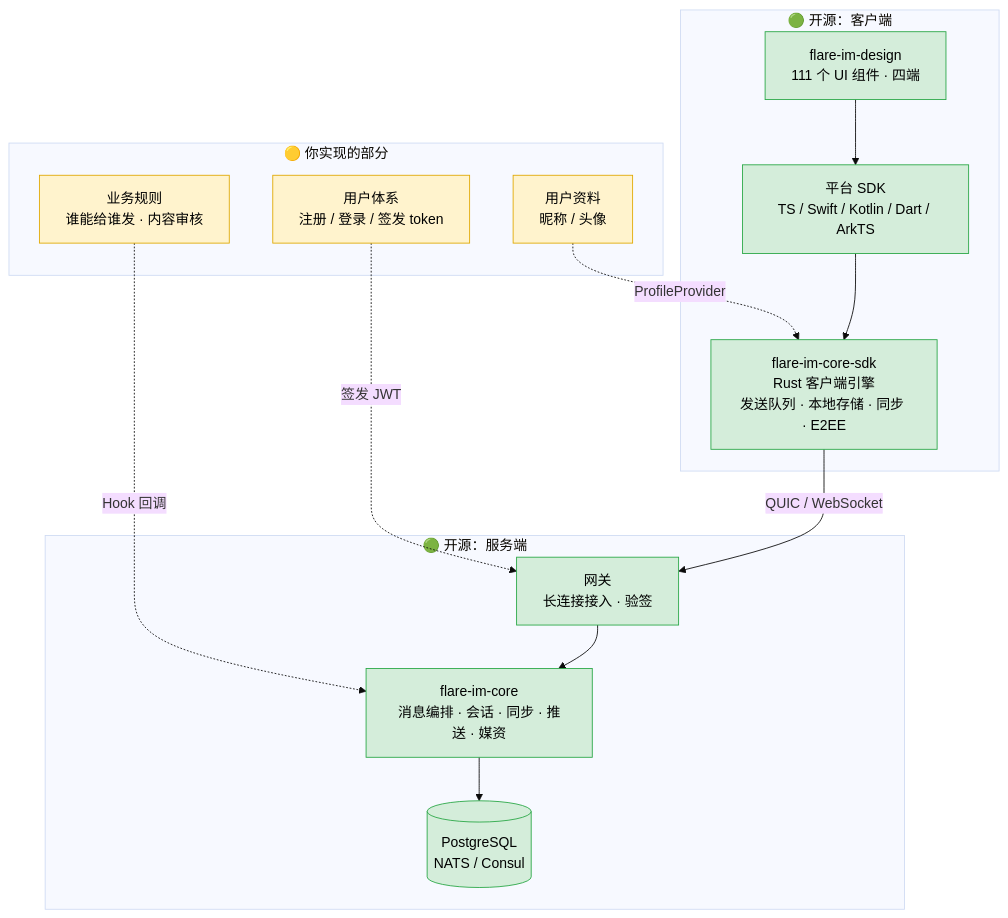
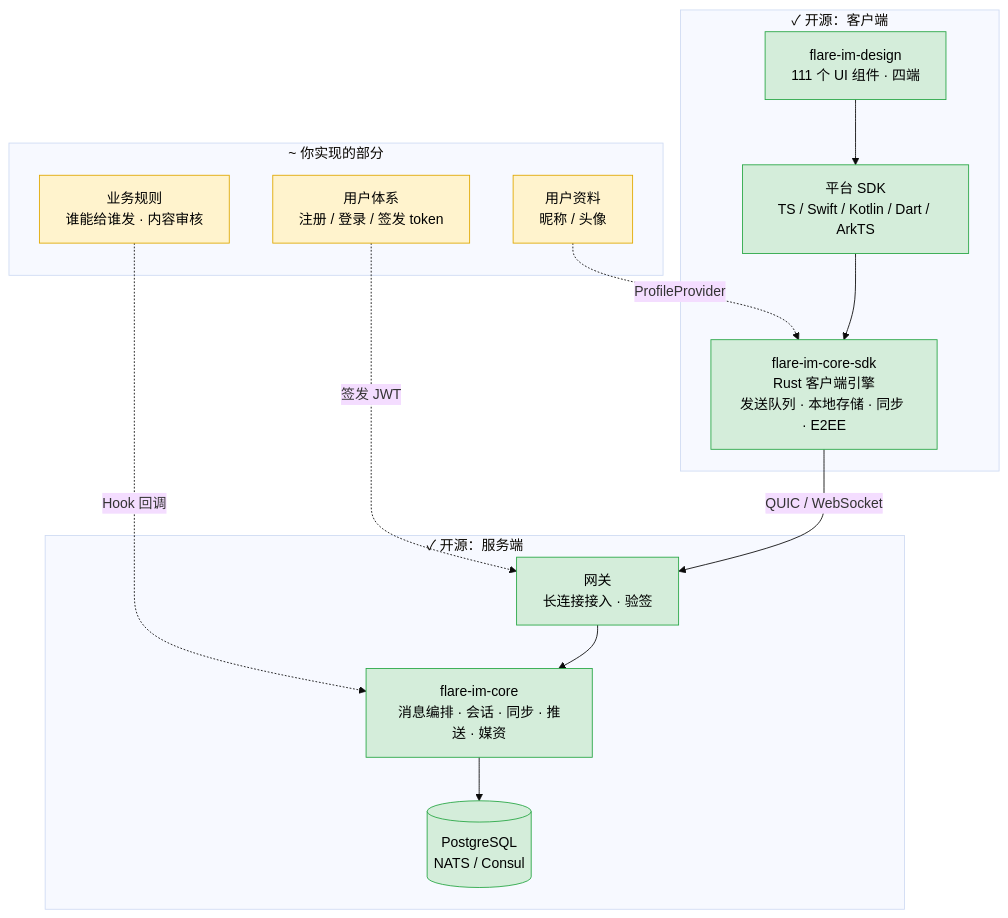
The first of 3 diagrams in README.zh-CN.md (flare-im/flare-im-core-server), drawn with Mermaid (base theme) before and after one commit. The commit also changed other lines of this file and 24 other files, not shown here.

````diff
--- a/README.zh-CN.md
+++ b/README.zh-CN.md
@@ -67,32 +67,32 @@
 ```mermaid
 flowchart TB
-    subgraph yours["🟡 你实现的部分"]
+    subgraph yours["~ 你实现的部分"]
         auth["用户体系<br/>注册 / 登录 / 签发 token"]
         rules["业务规则<br/>谁能给谁发 · 内容审核"]
         profile["用户资料<br/>昵称 / 头像"]
     end
 
-    subgraph client["🟢 开源：客户端"]
+    subgraph client["✓ 开源：客户端"]
         ui["flare-im-design<br/>111 个 UI 组件 · 四端"]
         sdk["平台 SDK<br/>TS / Swift / Kotlin / Dart / ArkTS"]
         engine["flare-im-core-sdk<br/>Rust 客户端引擎<br/>发送队列 · 本地存储 · 同步 · E2EE"]
     end
 
-    subgraph server["🟢 开源：服务端"]
+    subgraph server["✓ 开源：服务端"]
         gw["网关<br/>长连接接入 · 验签"]
         core["flare-im-core<br/>消息编排 · 会话 · 同步 · 推送 · 媒资"]
         store[("PostgreSQL<br/>NATS / Consul")]
     end
 
     auth -. "签发 JWT" .-> gw
     rules -. "Hook 回调" .-> core
     profile -. "ProfileProvider" .-> engine
 
     ui --> sdk --> engine
     engine -- "QUIC / WebSocket" --> gw --> core --> store
 
     classDef mine fill:#FFF3CD,stroke:#E0A800,color:#000
     classDef oss fill:#D4EDDA,stroke:#28A745,color:#000
     class auth,rules,profile mine
     class ui,sdk,engine,gw,core,store oss
 ```
````
